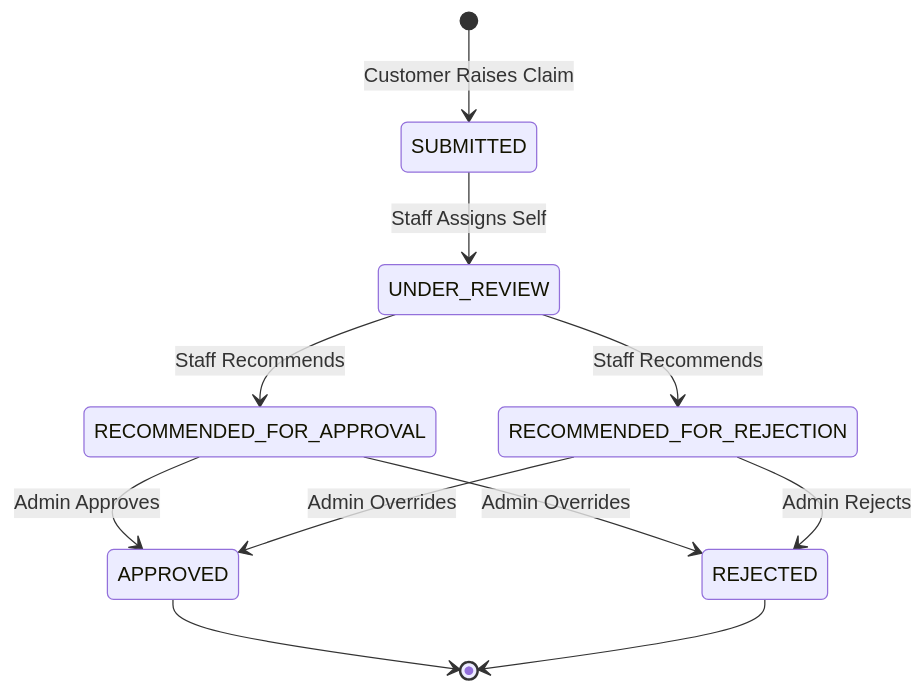
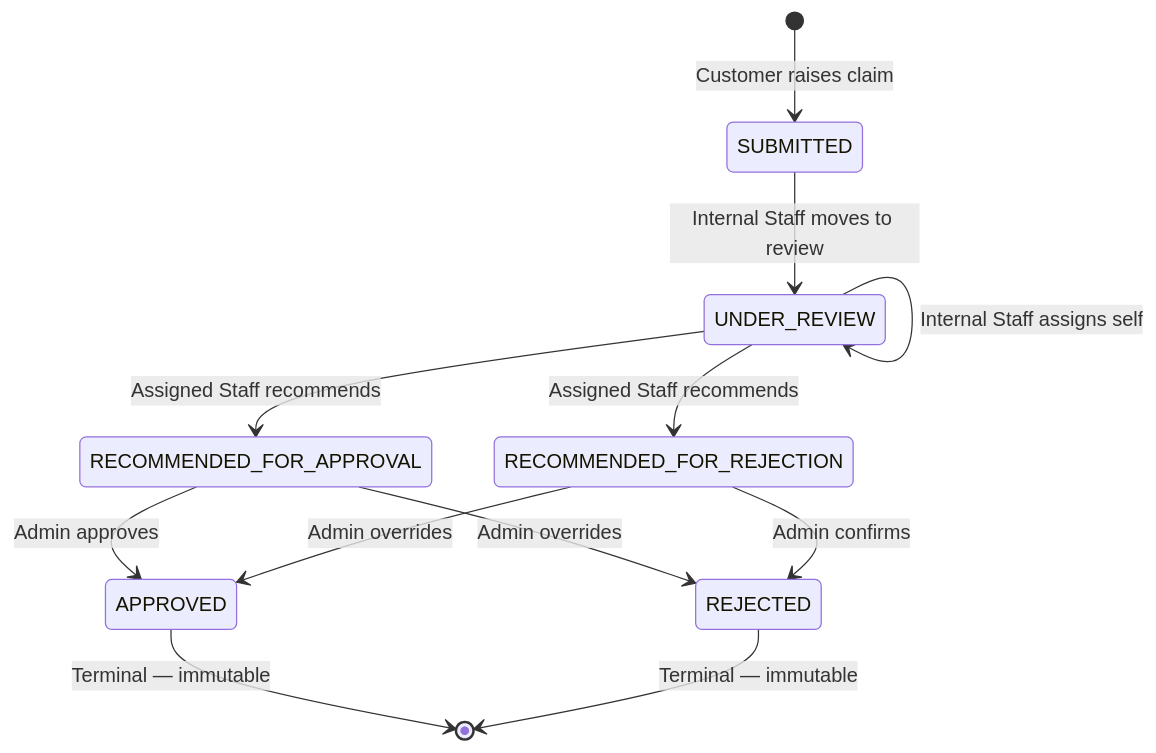
One commit to Gurry-12/insurance-policy-claim-capstone-project changed the diagram in docs/03_API/Claim_API.md. Above: the diagram before and after it, drawn with Mermaid. The commit also changed other lines of this file and 112 other files, not shown here.

Commit message:
docs: complete enterprise documentation audit, diagrams, ELK & Redis cards, and 1/3 balanced viva guide

````diff
--- a/docs/03_API/Claim_API.md
+++ b/docs/03_API/Claim_API.md
@@ -26,13 +24,14 @@
 ```mermaid
 stateDiagram-v2
-    [*] --> SUBMITTED: Customer Raises Claim
-    SUBMITTED --> UNDER_REVIEW: Staff Assigns Self
-    UNDER_REVIEW --> RECOMMENDED_FOR_APPROVAL: Staff Recommends
-    UNDER_REVIEW --> RECOMMENDED_FOR_REJECTION: Staff Recommends
-    RECOMMENDED_FOR_APPROVAL --> APPROVED: Admin Approves
-    RECOMMENDED_FOR_APPROVAL --> REJECTED: Admin Overrides
-    RECOMMENDED_FOR_REJECTION --> REJECTED: Admin Rejects
-    RECOMMENDED_FOR_REJECTION --> APPROVED: Admin Overrides
-    APPROVED --> [*]
-    REJECTED --> [*]
+    [*] --> SUBMITTED: Customer raises claim
+    SUBMITTED --> UNDER_REVIEW: Internal Staff moves to review
+    UNDER_REVIEW --> UNDER_REVIEW: Internal Staff assigns self
+    UNDER_REVIEW --> RECOMMENDED_FOR_APPROVAL: Assigned Staff recommends
+    UNDER_REVIEW --> RECOMMENDED_FOR_REJECTION: Assigned Staff recommends
+    RECOMMENDED_FOR_APPROVAL --> APPROVED: Admin approves
+    RECOMMENDED_FOR_APPROVAL --> REJECTED: Admin overrides
+    RECOMMENDED_FOR_REJECTION --> REJECTED: Admin confirms
+    RECOMMENDED_FOR_REJECTION --> APPROVED: Admin overrides
+    APPROVED --> [*]: Terminal — immutable
+    REJECTED --> [*]: Terminal — immutable
 ```
````
